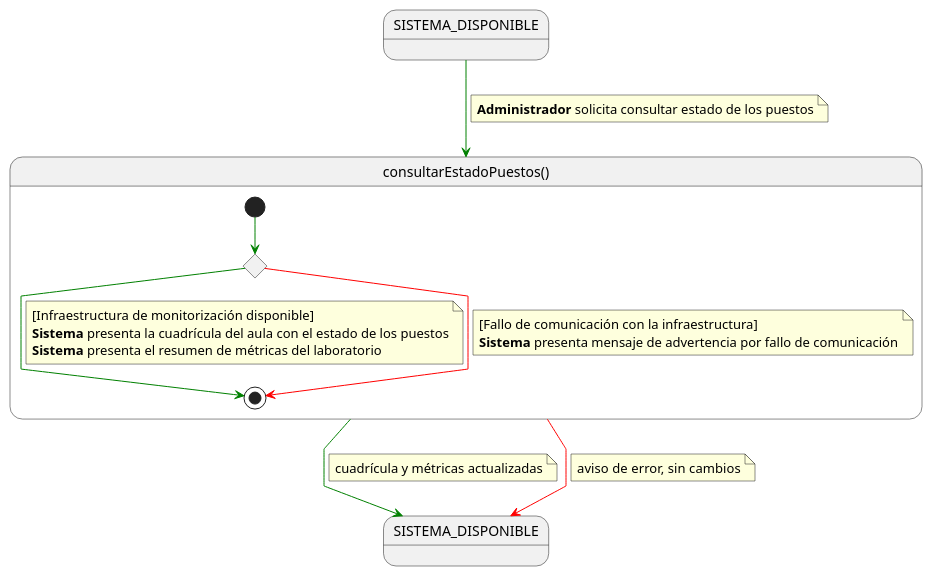
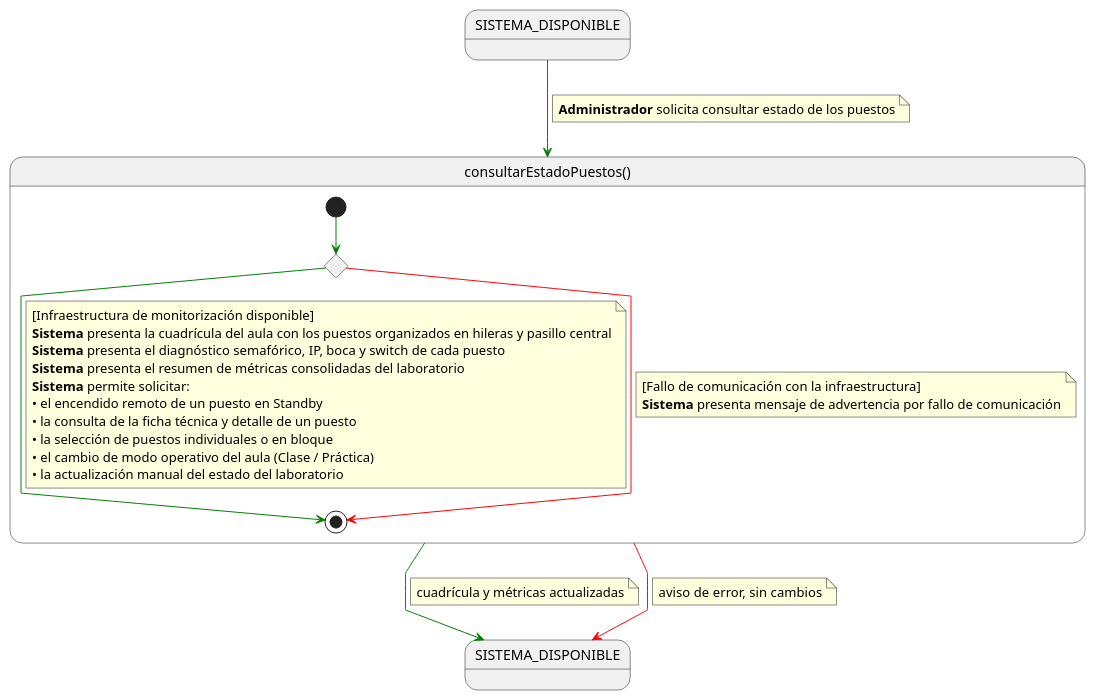
The diagram in RUP/01-requisitos/01-detalle-casos-uso/consultarEstadoPuestos/especificacion.puml (Carlos-Lima2510/mesh-panel), drawn with PlantUML before and after one commit. The commit also changed 12 other files, not shown here.

Commit message:
Update SVG diagram for consultarEstadoPuestos: Adjust dimensions and enhance layout for better clarity and organization of elements.

```diff
--- a/RUP/01-requisitos/01-detalle-casos-uso/consultarEstadoPuestos/especificacion.puml
+++ b/RUP/01-requisitos/01-detalle-casos-uso/consultarEstadoPuestos/especificacion.puml
@@ -1,43 +1,50 @@
 @startuml especificacion
 
 skinparam linetype polyline
 
 state SISTEMA_DISPONIBLE
 state SISTEMA_DISPONIBLE_SALIDA as "SISTEMA_DISPONIBLE"
 
 SISTEMA_DISPONIBLE -[#green]-> consultarEstadoPuestos
 note on link
 <b>Administrador</b> solicita consultar estado de los puestos
 end note
 
 state consultarEstadoPuestos as "consultarEstadoPuestos()" {
 
     state c <<choice>>
 
     [*] -[#green]-> c
 
     c -[#green]-> [*]
     note on link
     [Infraestructura de monitorización disponible]
-    <b>Sistema</b> presenta la cuadrícula del aula con el estado de los puestos
-    <b>Sistema</b> presenta el resumen de métricas del laboratorio
+    <b>Sistema</b> presenta la cuadrícula del aula con los puestos organizados en hileras y pasillo central
+    <b>Sistema</b> presenta el diagnóstico semafórico, IP, boca y switch de cada puesto 
+    <b>Sistema</b> presenta el resumen de métricas consolidadas del laboratorio
+    <b>Sistema</b> permite solicitar: 
+    • el encendido remoto de un puesto en Standby 
+    • la consulta de la ficha técnica y detalle de un puesto
+    • la selección de puestos individuales o en bloque 
+    • el cambio de modo operativo del aula (Clase / Práctica)
+    • la actualización manual del estado del laboratorio 
     end note
 
     c -[#red]-> [*]
     note on link
     [Fallo de comunicación con la infraestructura]
     <b>Sistema</b> presenta mensaje de advertencia por fallo de comunicación
     end note
 }
 
 consultarEstadoPuestos -[#green]-> SISTEMA_DISPONIBLE_SALIDA
 note on link
 cuadrícula y métricas actualizadas
 end note
 
 consultarEstadoPuestos -[#red]-> SISTEMA_DISPONIBLE_SALIDA
 note on link
 aviso de error, sin cambios
 end note
 
 @enduml
```
